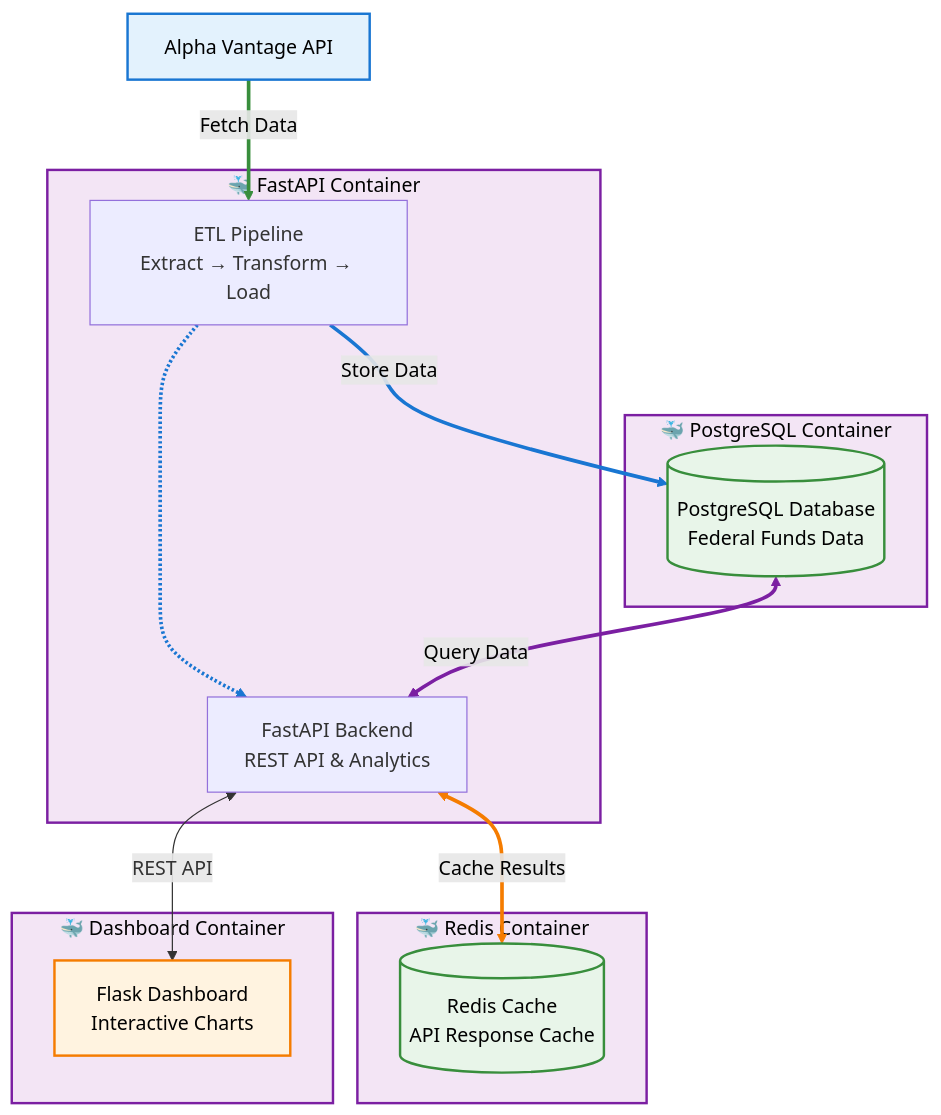
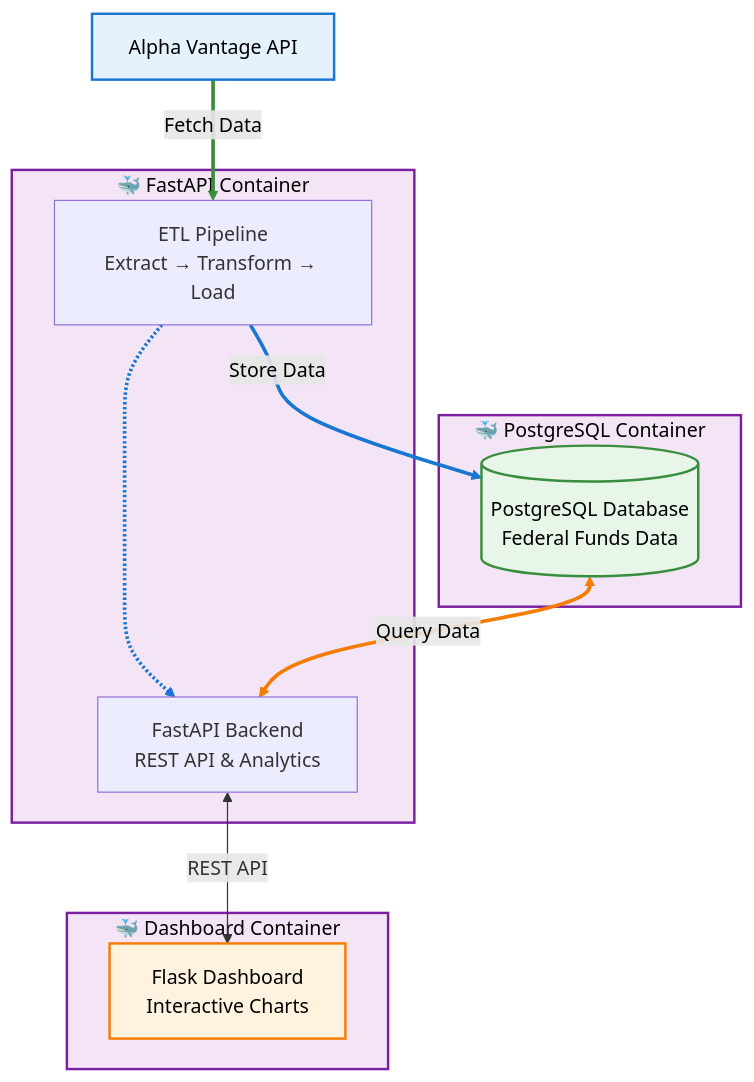
One commit to utkuyucel/fundratetracker changed the diagram in README.md. Above: the diagram before and after it, drawn with Mermaid. The commit also changed other lines of this file and 2 other files, not shown here.

Commit message:
fix: Remove Redis service and related configurations from Docker setup and documentation

````diff
--- a/README.md
+++ b/README.md
@@ -7,49 +7,43 @@
 ```mermaid
 flowchart TD
     %% External Data Source
     AV[Alpha Vantage API]
     
     %% Docker Containers
     subgraph DOCKER1[🐳 FastAPI Container]
         ETL[ETL Pipeline<br/>Extract → Transform → Load]
         API[FastAPI Backend<br/>REST API & Analytics]
         ETL -.-> API
     end
     
     subgraph DOCKER2[🐳 PostgreSQL Container]
         DB[(PostgreSQL Database<br/>Federal Funds Data)]
     end
     
-    subgraph DOCKER3[🐳 Redis Container]
-        REDIS[(Redis Cache<br/>API Response Cache)]
-    end
-    
-    subgraph DOCKER4[🐳 Dashboard Container]
+    subgraph DOCKER3[🐳 Dashboard Container]
         DASH[Flask Dashboard<br/>Interactive Charts]
     end
     
     %% Data Flow
     AV -->|Fetch Data| ETL
     ETL -->|Store Data| DB
     DB <-->|Query Data| API
-    API <-->|Cache Results| REDIS
     API <-->|REST API| DASH
     
     %% Styling
     classDef external fill:#e3f2fd,stroke:#1976d2,stroke-width:2px,color:#000;
     classDef container fill:#f3e5f5,stroke:#7b1fa2,stroke-width:2px,color:#000;
     classDef storage fill:#e8f5e9,stroke:#388e3c,stroke-width:2px,color:#000;
     classDef frontend fill:#fff3e0,stroke:#f57c00,stroke-width:2px,color:#000;
     
     %% Arrow styling
     linkStyle 0 stroke:#1976d2,stroke-width:3px,color:#000
     linkStyle 1 stroke:#388e3c,stroke-width:3px,color:#000
     linkStyle 2 stroke:#1976d2,stroke-width:3px,color:#000
-    linkStyle 3 stroke:#7b1fa2,stroke-width:3px,color:#000
-    linkStyle 4 stroke:#f57c00,stroke-width:3px,color:#000
+    linkStyle 3 stroke:#f57c00,stroke-width:3px,color:#000
     
     class AV external;
-    class DOCKER1,DOCKER2,DOCKER3,DOCKER4 container;
-    class DB,REDIS storage;
+    class DOCKER1,DOCKER2,DOCKER3 container;
+    class DB storage;
     class DASH frontend;
 ```
````
